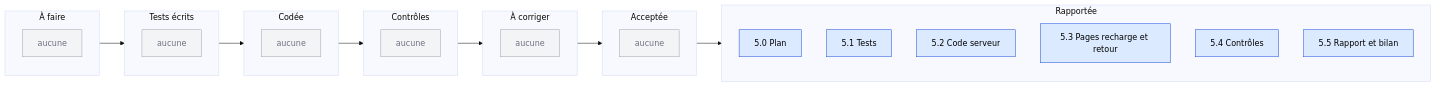
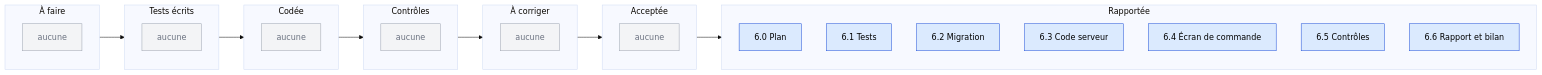
Before and after one commit to lyon32/lyonpanel: the second of 5 diagrams in docs/reports/TABLEAU-DE-BORD.md, drawn with Mermaid (base theme). The commit also changed other lines of this file and 105 other files, not shown here.

First line of the commit message:
feat(orders): commande avec devis serveur, idempotence et échec fournisseur en vérification

````diff
--- a/docs/reports/TABLEAU-DE-BORD.md
+++ b/docs/reports/TABLEAU-DE-BORD.md
@@ -36,41 +36,42 @@
 ```mermaid
 flowchart LR
   subgraph A["À faire"]
     direction TB
     a0["aucune"]
   end
   subgraph B["Tests écrits"]
     direction TB
     b0["aucune"]
   end
   subgraph C["Codée"]
     direction TB
     c0["aucune"]
   end
   subgraph D["Contrôles"]
     direction TB
     d0["aucune"]
   end
   subgraph E["À corriger"]
     direction TB
     e0["aucune"]
   end
   subgraph F["Acceptée"]
     direction TB
     f0["aucune"]
   end
   subgraph G["Rapportée"]
     direction TB
-    g0["5.0 Plan"]
-    g1["5.1 Tests"]
-    g2["5.2 Code serveur"]
-    g3["5.3 Pages recharge et retour"]
-    g4["5.4 Contrôles"]
-    g5["5.5 Rapport et bilan"]
+    g0["6.0 Plan"]
+    g1["6.1 Tests"]
+    g2["6.2 Migration"]
+    g3["6.3 Code serveur"]
+    g4["6.4 Écran de commande"]
+    g5["6.5 Contrôles"]
+    g6["6.6 Rapport et bilan"]
   end
   A --> B --> C --> D --> E --> F --> G
   classDef fait fill:#DBEAFE,stroke:#1D4ED8,color:#000
   classDef vide fill:#F3F4F6,stroke:#9CA3AF,color:#6B7280
-  class g0,g1,g2,g3,g4,g5 fait
+  class g0,g1,g2,g3,g4,g5,g6 fait
   class a0,b0,c0,d0,e0,f0 vide
 ```
````
